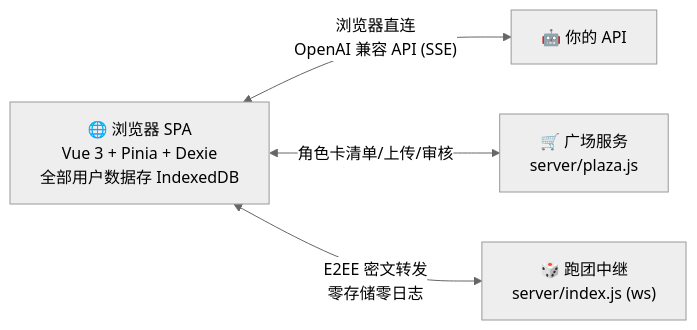
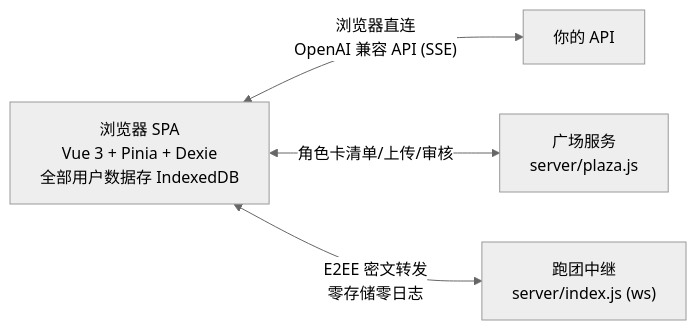
One commit to dfzjb/rp-xingyu changed the diagram in README.md. Above: the diagram before and after it, drawn with Mermaid (neutral theme). The commit also changed other lines of this file and 1 other file, not shown here.

````diff
--- a/README.md
+++ b/README.md
@@ -85,7 +78,7 @@
 ```mermaid
 graph LR
-    B["🌐 浏览器 SPA<br/>Vue 3 + Pinia + Dexie<br/>全部用户数据存 IndexedDB"]
-    B <-- "浏览器直连<br/>OpenAI 兼容 API (SSE)" --> A["🤖 你的 API"]
-    B <-- "角色卡清单/上传/审核" --> P["🛒 广场服务<br/>server/plaza.js"]
-    B <-- "E2EE 密文转发<br/>零存储零日志" --> R["🎲 跑团中继<br/>server/index.js (ws)"]
+    B["浏览器 SPA<br/>Vue 3 + Pinia + Dexie<br/>全部用户数据存 IndexedDB"]
+    B <-- "浏览器直连<br/>OpenAI 兼容 API (SSE)" --> A["你的 API"]
+    B <-- "角色卡清单/上传/审核" --> P["广场服务<br/>server/plaza.js"]
+    B <-- "E2EE 密文转发<br/>零存储零日志" --> R["跑团中继<br/>server/index.js (ws)"]
 ```
````
